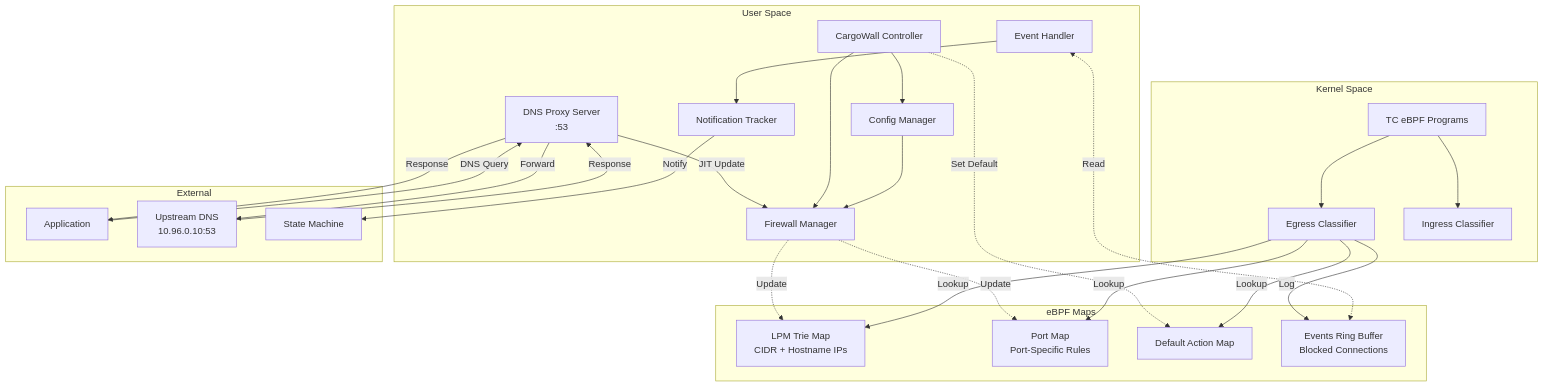
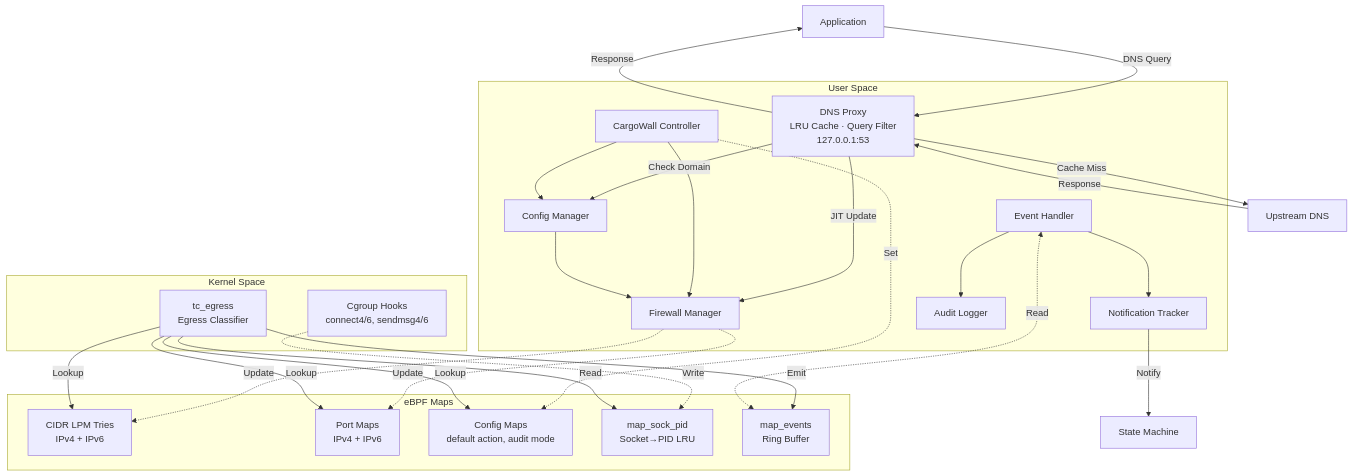
One commit to code-cargo/cargowall changed the first of 6 diagrams in design.md. Above: the diagram before and after it, drawn with Mermaid. The commit also changed other lines of this file and 64 other files, not shown here.

````diff
--- a/design.md
+++ b/design.md
@@ -18,55 +25,56 @@
 ```mermaid
-graph TB
+flowchart TD
+    APP[Application]
+    UP[Upstream DNS]
+
     subgraph "User Space"
+        DNS["DNS Proxy<br/>LRU Cache · Query Filter<br/>127.0.0.1:53"]
         UC[CargoWall Controller]
         CM[Config Manager]
         FW[Firewall Manager]
-        DNS[DNS Proxy Server<br/>:53]
         EH[Event Handler]
         NT[Notification Tracker]
+        AL[Audit Logger]
     end
 
     subgraph "Kernel Space"
-        TC[TC eBPF Programs]
-        EG[Egress Classifier]
-        IG[Ingress Classifier]
+        EG[tc_egress<br/>Egress Classifier]
+        CG["Cgroup Hooks<br/>connect4/6, sendmsg4/6"]
     end
 
     subgraph "eBPF Maps"
-        LPM[LPM Trie Map<br/>CIDR + Hostname IPs]
-        PM[Port Map<br/>Port-Specific Rules]
-        DA[Default Action Map]
-        RB[Events Ring Buffer<br/>Blocked Connections]
+        CIDRS["CIDR LPM Tries<br/>IPv4 + IPv6"]
+        PORTS["Port Maps<br/>IPv4 + IPv6"]
+        CFG["Config Maps<br/>default action, audit mode"]
+        SP[map_sock_pid<br/>Socket→PID LRU]
+        RB[map_events<br/>Ring Buffer]
     end
 
-    subgraph "External"
-        APP[Application]
-        UP[Upstream DNS<br/>10.96.0.10:53]
-        SM[State Machine]
-    end
+    SM[State Machine]
 
     APP -->|DNS Query| DNS
-    DNS -->|Forward| UP
+    DNS -->|Response| APP
+    DNS -->|Cache Miss| UP
     UP -->|Response| DNS
-    DNS -->|Response| APP
+    DNS -->|Check Domain| CM
     DNS -->|JIT Update| FW
 
     UC --> CM
     UC --> FW
     CM --> FW
-    FW -.->|Update| LPM
-    FW -.->|Update| PM
-    UC -.->|Set Default| DA
+    FW -.->|Update| CIDRS
+    FW -.->|Update| PORTS
+    UC -.->|Set| CFG
 
-    TC --> EG
-    TC --> IG
-
-    EG -->|Lookup| LPM
-    EG -->|Lookup| PM
-    EG -->|Lookup| DA
-    EG -->|Log| RB
+    CG -.->|Write| SP
+    EG -->|Read| SP
+    EG -->|Lookup| CIDRS
+    EG -->|Lookup| PORTS
+    EG -->|Lookup| CFG
+    EG -->|Emit| RB
 
     EH <-.->|Read| RB
+    EH --> AL
     EH --> NT
     NT -->|Notify| SM
 ```
````
